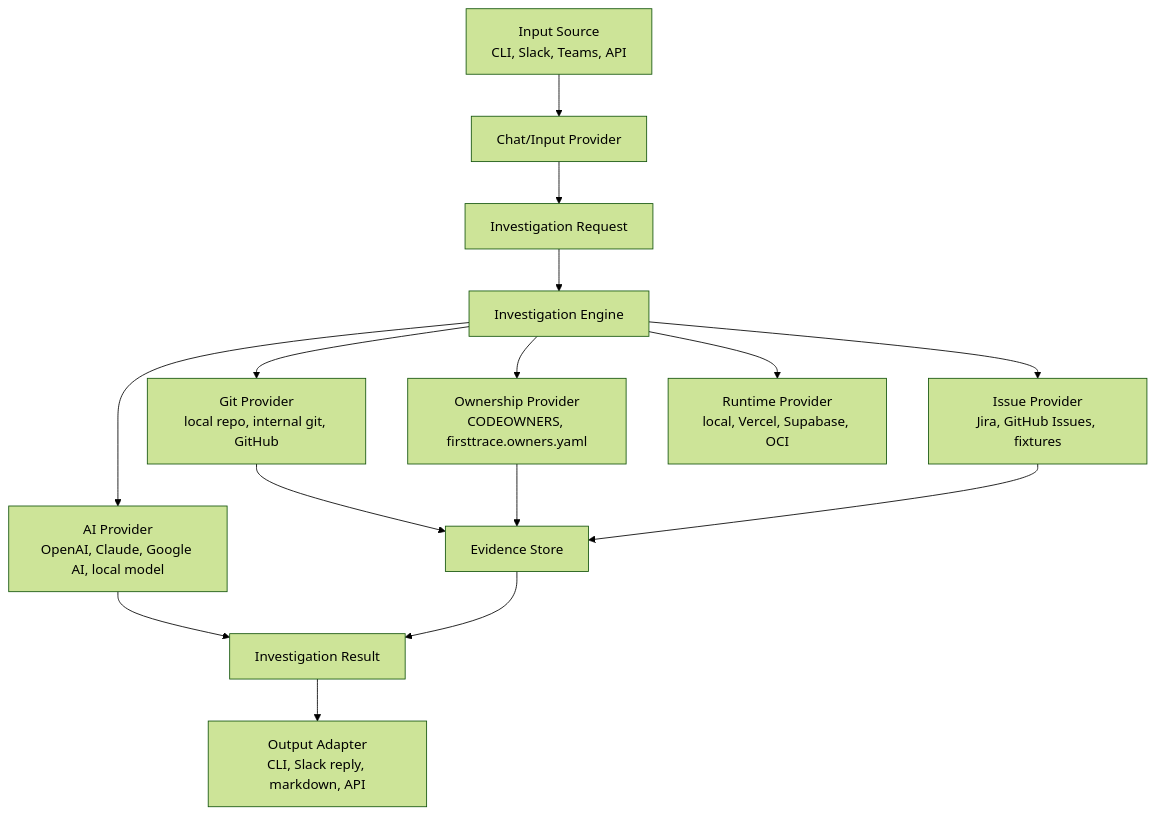
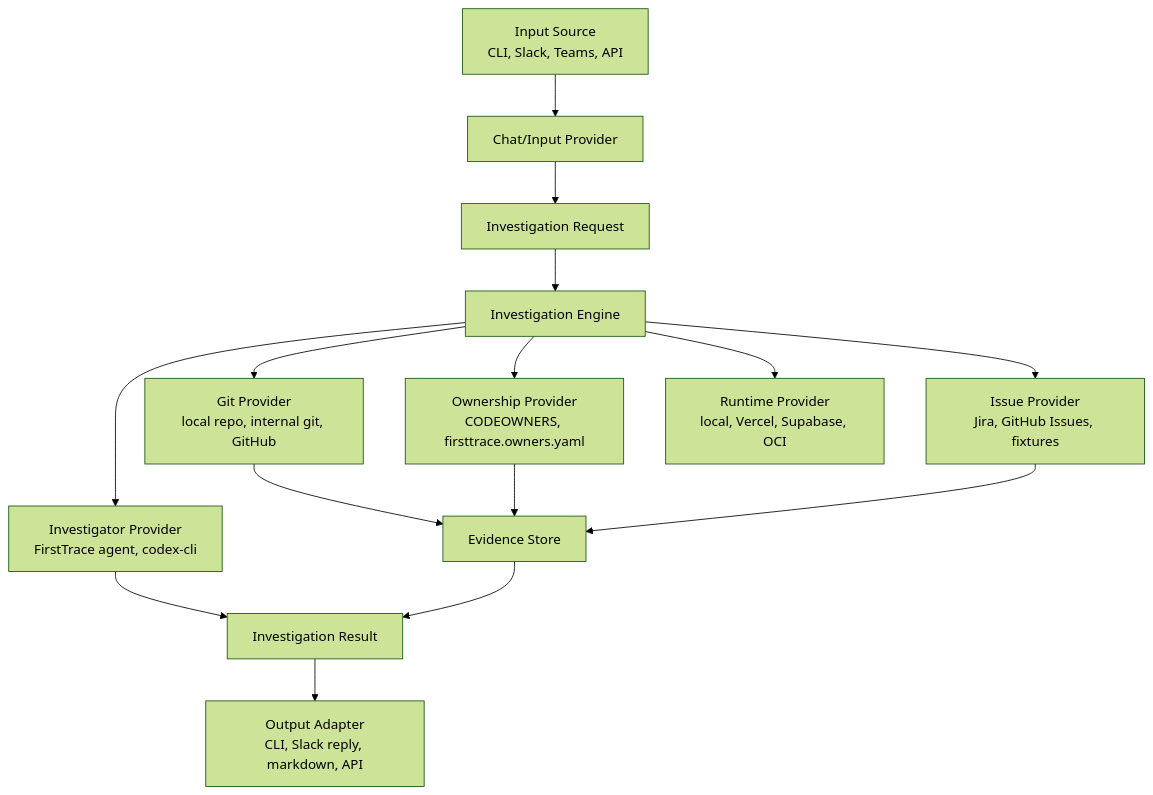
The diagram in docs/PRODUCT_PLAN.md (temaus91/firsttrace), drawn with Mermaid (forest theme) before and after one commit. The commit also changed other lines of this file and 23 other files, not shown here.

````diff
--- a/docs/PRODUCT_PLAN.md
+++ b/docs/PRODUCT_PLAN.md
@@ -53,20 +53,20 @@
 ```mermaid
 flowchart TD
   Source["Input Source<br/>CLI, Slack, Teams, API"] --> ChatProvider["Chat/Input Provider"]
   ChatProvider --> Request["Investigation Request"]
   Request --> Engine["Investigation Engine"]
 
   Engine --> Git["Git Provider<br/>local repo, internal git, GitHub"]
   Engine --> Owners["Ownership Provider<br/>CODEOWNERS, firsttrace.owners.yaml"]
   Engine --> Issues["Issue Provider<br/>Jira, GitHub Issues, fixtures"]
-  Engine --> Reasoner["AI Provider<br/>OpenAI, Claude, Google AI, local model"]
+  Engine --> Reasoner["Investigator Provider<br/>FirstTrace agent, codex-cli"]
   Engine --> Runtime["Runtime Provider<br/>local, Vercel, Supabase, OCI"]
 
   Git --> Evidence["Evidence Store"]
   Owners --> Evidence
   Issues --> Evidence
   Reasoner --> Result["Investigation Result"]
   Evidence --> Result
 
   Result --> Output["Output Adapter<br/>CLI, Slack reply, markdown, API"]
 ```
````
